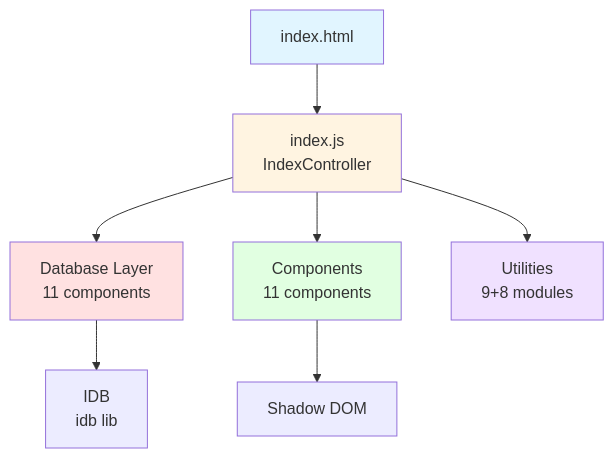
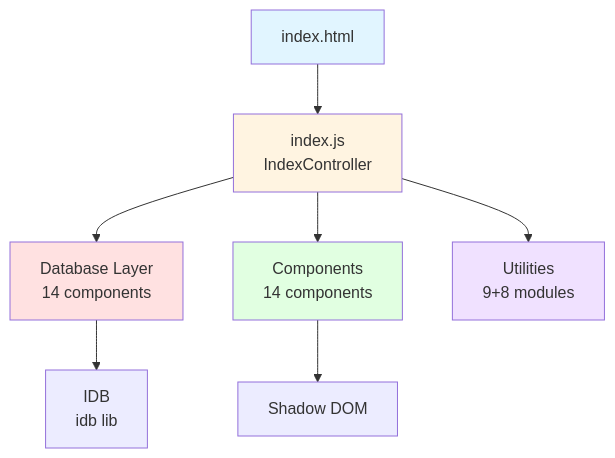
The first of 5 diagrams in .github/ARCHITECTURE.md (lunarcloud/sta-play-webapp), drawn with Mermaid before and after one commit. The commit also changed other lines of this file and 14 other files, not shown here.

````diff
--- a/.github/ARCHITECTURE.md
+++ b/.github/ARCHITECTURE.md
@@ -26,18 +26,18 @@
 ```mermaid
 graph TD
     HTML[index.html]
     HTML --> Controller[index.js<br/>IndexController]
     
-    Controller --> Database[Database Layer<br/>11 components]
-    Controller --> Components[Components<br/>11 components]
+    Controller --> Database[Database Layer<br/>14 components]
+    Controller --> Components[Components<br/>14 components]
     Controller --> Utilities[Utilities<br/>9+8 modules]
     
     Database --> IDB[IDB<br/>idb lib]
     Components --> Shadow[Shadow DOM]
     
     style HTML fill:#e1f5ff
     style Controller fill:#fff4e1
     style Database fill:#ffe1e1
     style Components fill:#e1ffe1
     style Utilities fill:#f0e1ff
 ```
````
